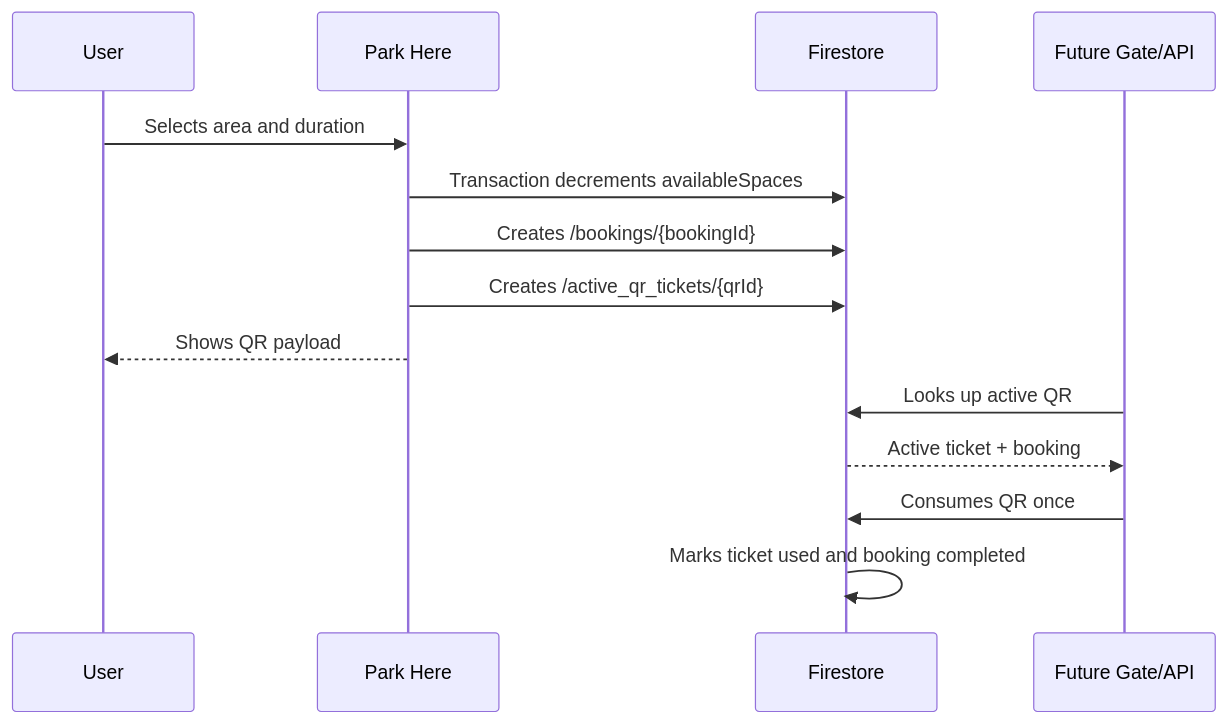
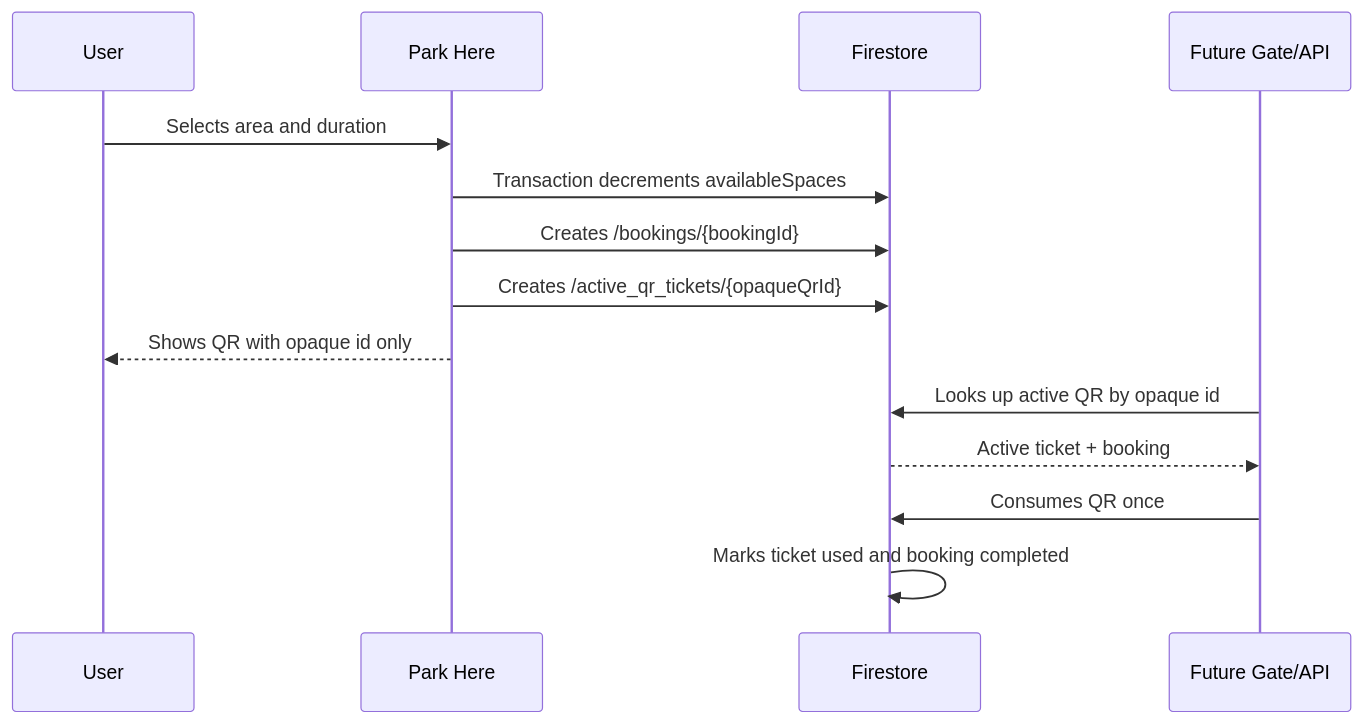
One commit to snehil-pandey/smart-parking-occupancy-system changed the eighth of 14 diagrams in docs/ARCHITECTURE.md. Above: the diagram before and after it, drawn with Mermaid. The commit also changed other lines of this file and 9 other files, not shown here.

````diff
--- a/docs/ARCHITECTURE.md
+++ b/docs/ARCHITECTURE.md
@@ -129,17 +136,17 @@
 ```mermaid
 sequenceDiagram
   participant User
   participant App as Park Here
   participant Firestore
   participant Gate as Future Gate/API
 
   User->>App: Selects area and duration
   App->>Firestore: Transaction decrements availableSpaces
   App->>Firestore: Creates /bookings/{bookingId}
-  App->>Firestore: Creates /active_qr_tickets/{qrId}
-  App-->>User: Shows QR payload
-  Gate->>Firestore: Looks up active QR
+  App->>Firestore: Creates /active_qr_tickets/{opaqueQrId}
+  App-->>User: Shows QR with opaque id only
+  Gate->>Firestore: Looks up active QR by opaque id
   Firestore-->>Gate: Active ticket + booking
   Gate->>Firestore: Consumes QR once
   Firestore->>Firestore: Marks ticket used and booking completed
 ```
````
